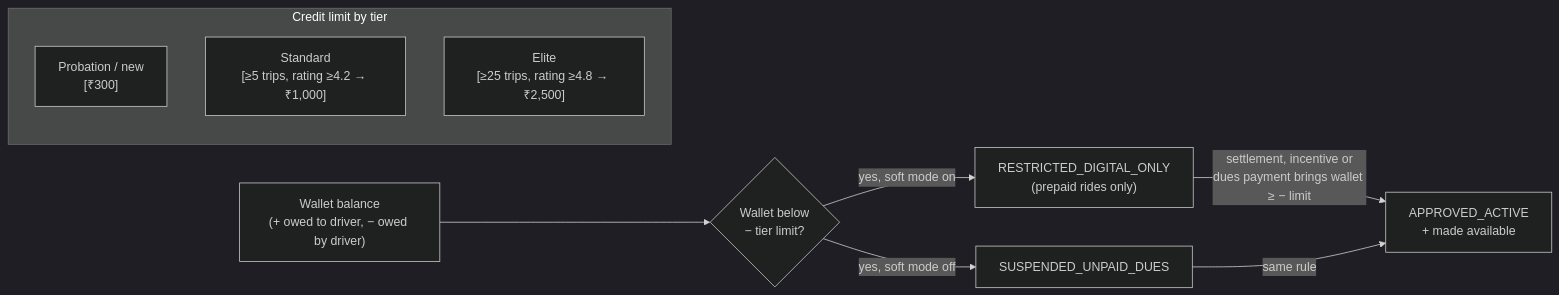
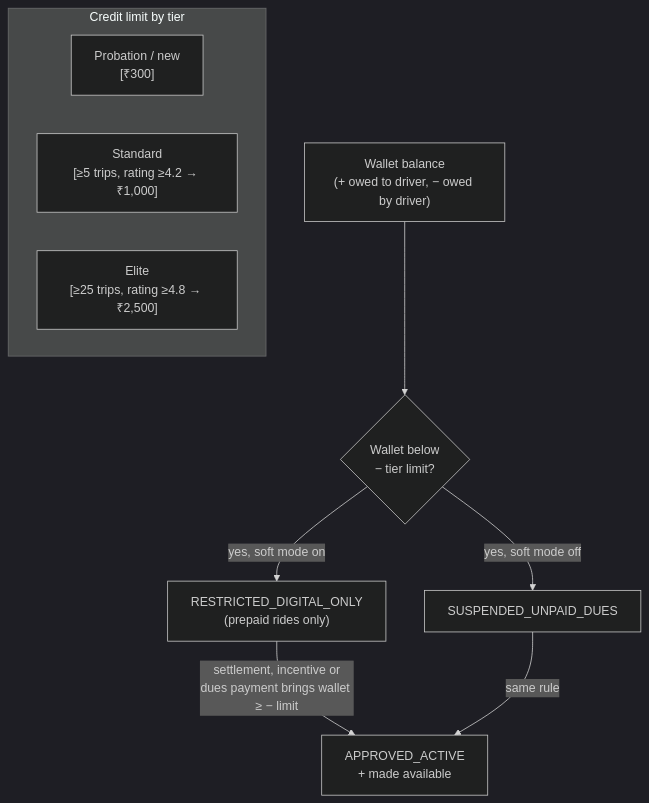
Before and after one commit to githubfolks/biharbcabs_v2: the fifth of 13 diagrams in crm-design/diagrams.md, drawn with Mermaid (dark theme). The commit also changed other lines of this file and 6 other files, not shown here.

````diff
--- a/crm-design/diagrams.md
+++ b/crm-design/diagrams.md
@@ -145,14 +145,14 @@
 ```mermaid
-flowchart LR
+flowchart TD
     subgraph Tier["Credit limit by tier"]
         T1["Probation / new<br/>[₹300]"]
         T2["Standard<br/>[≥5 trips, rating ≥4.2 → ₹1,000]"]
         T3["Elite<br/>[≥25 trips, rating ≥4.8 → ₹2,500]"]
     end
 
     W["Wallet balance<br/>(+ owed to driver, − owed by driver)"] --> Q{"Wallet below<br/>− tier limit?"}
     Q -->|yes, soft mode on| RD["RESTRICTED_DIGITAL_ONLY<br/>(prepaid rides only)"]
     Q -->|yes, soft mode off| SU["SUSPENDED_UNPAID_DUES"]
     RD -->|settlement, incentive or<br/>dues payment brings wallet ≥ − limit| ACT["APPROVED_ACTIVE<br/>+ made available"]
     SU -->|same rule| ACT
 ```
````
